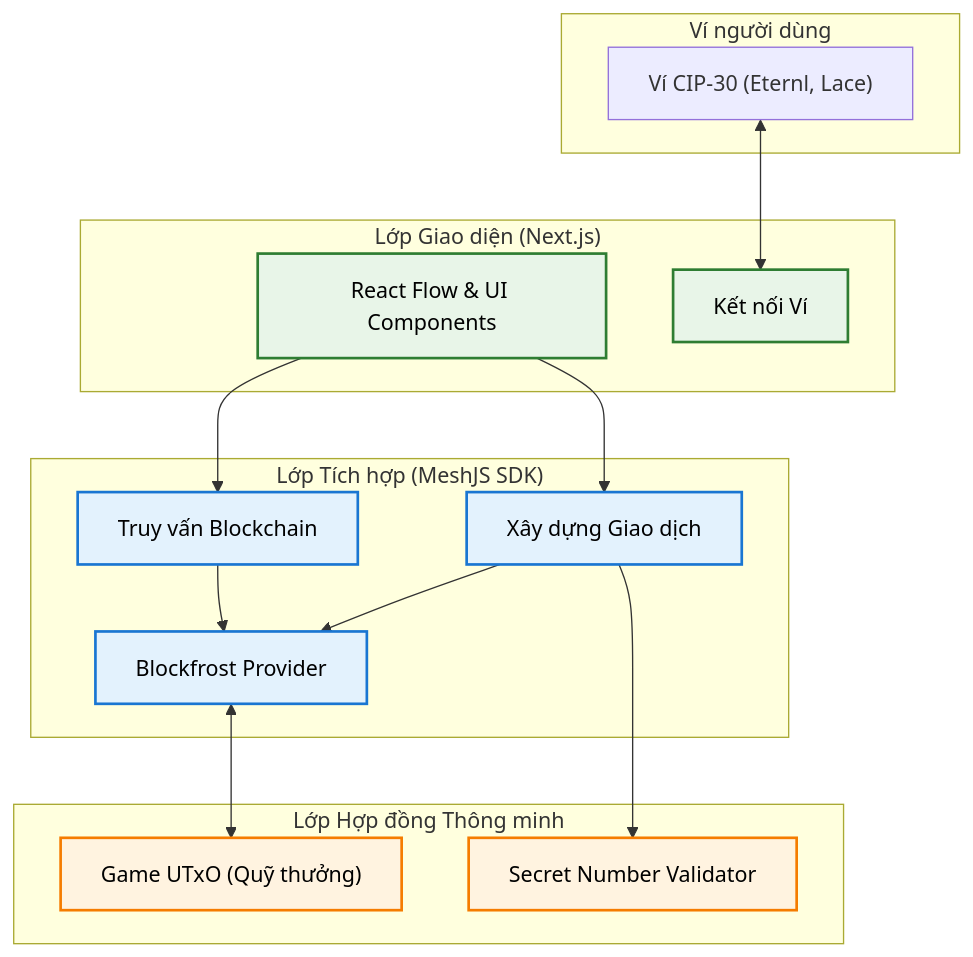
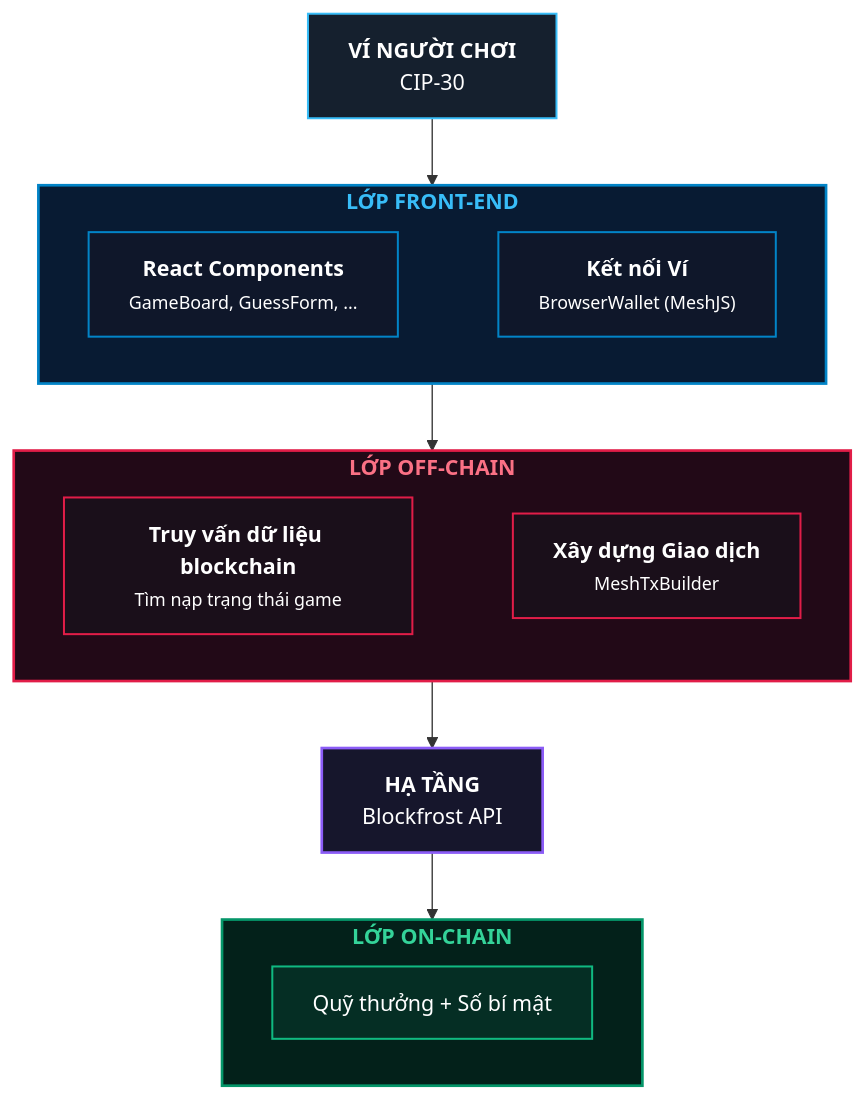
The diagram in 1.secret-number/docs/architecture.md (cardano2vn/Aiken-Course-2026), drawn with Mermaid before and after one commit. The commit also changed 4 other files, not shown here.

Commit message:
docs: update course syllabus, readme, and secret-number architecture diagram

````diff
--- a/1.secret-number/docs/architecture.md
+++ b/1.secret-number/docs/architecture.md
@@ -7,34 +7,40 @@
 ```mermaid
-graph TD
-    classDef frontend fill:#e8f5e8,stroke:#2e7d32,stroke-width:2px,color:#000;
-    classDef offchain fill:#e3f2fd,stroke:#1976d2,stroke-width:2px,color:#000;
-    classDef onchain fill:#fff3e0,stroke:#f57c00,stroke-width:2px,color:#000;
+flowchart TD
+    classDef userWallet fill:#15202e,stroke:#38bdf8,stroke-width:1.5px,color:#fff;
+    classDef feBox fill:#0f172a,stroke:#0284c7,stroke-width:1.5px,color:#fff;
+    classDef offBox fill:#1a0f1a,stroke:#e11d48,stroke-width:1.5px,color:#fff;
+    classDef infraBox fill:#16162c,stroke:#8b5cf6,stroke-width:2px,color:#fff;
+    classDef onBox fill:#052e24,stroke:#10b981,stroke-width:1.5px,color:#fff;
 
-    subgraph User["Ví người dùng"]
-        Browser["Ví CIP-30 (Eternl, Lace)"]
+    Wallet["<b>VÍ NGƯỜI CHƠI</b><br>CIP-30"]:::userWallet
+
+    subgraph Frontend["<b>LỚP FRONT-END</b>"]
+        direction LR
+        FE_React["<b>React Components</b><br><small>GameBoard, GuessForm, ...</small>"]:::feBox
+        FE_Wallet["<b>Kết nối Ví</b><br><small>BrowserWallet (MeshJS)</small>"]:::feBox
+        FE_React ~~~ FE_Wallet
     end
 
-    subgraph Frontend["Lớp Giao diện (Next.js)"]
-        UI["React Flow & UI Components"]:::frontend
-        WalletConn["Kết nối Ví"]:::frontend
+    subgraph Offchain["<b>LỚP OFF-CHAIN</b>"]
+        direction LR
+        Off_Query["<b>Truy vấn dữ liệu blockchain</b><br><small>Tìm nạp trạng thái game</small>"]:::offBox
+        Off_Tx["<b>Xây dựng Giao dịch</b><br><small>MeshTxBuilder</small>"]:::offBox
+        Off_Query ~~~ Off_Tx
     end
 
-    subgraph Offchain["Lớp Tích hợp (MeshJS SDK)"]
-        Query["Truy vấn Blockchain"]:::offchain
-        TxBuilder["Xây dựng Giao dịch"]:::offchain
-        Provider["Blockfrost Provider"]:::offchain
+    Infra["<b>HẠ TẦNG</b><br>Blockfrost API"]:::infraBox
+
+    subgraph Onchain["<b>LỚP ON-CHAIN</b>"]
+        direction LR
+        On_Game["Quỹ thưởng + Số bí mật"]:::onBox
     end
 
-    subgraph Onchain["Lớp Hợp đồng Thông minh"]
-        Validator["Secret Number Validator"]:::onchain
-        Treasury["Game UTxO (Quỹ thưởng)"]:::onchain
-    end
+    Wallet --> FE_Wallet
+    FE_React --> Off_Query
+    Off_Query --> Infra
+    Infra --> On_Game
 
-    Browser <--> WalletConn
-    UI --> Query
-    UI --> TxBuilder
-    Query --> Provider
-    TxBuilder --> Provider
-    Provider <--> Treasury
-    TxBuilder --> Validator
+    style Frontend fill:#081b33,stroke:#0284c7,stroke-width:2px,color:#38bdf8;
+    style Offchain fill:#220917,stroke:#e11d48,stroke-width:2px,color:#fb7185;
+    style Onchain fill:#03211a,stroke:#059669,stroke-width:2px,color:#34d399;
 ```
````
